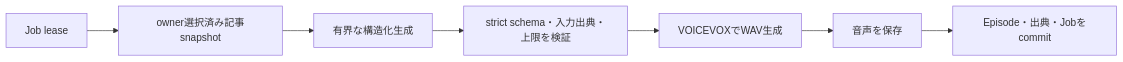
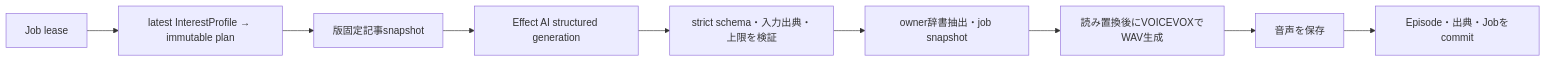
One commit to r4ai/news-podcast changed the sixth of 8 diagrams in docs/architecture.md. Above: the diagram before and after it, drawn with Mermaid. The commit also changed other lines of this file and 189 other files, not shown here.

First line of the commit message:
feat: rebuild Podcast Generation with Focus on Effect AI and AG-UI  (#22)

````diff
--- a/docs/architecture.md
+++ b/docs/architecture.md
@@ -204,9 +207,11 @@
 ```mermaid
 flowchart LR
-  Lease["Job lease"] --> Input["owner選択済み記事snapshot"]
-  Input --> Script["有界な構造化生成"]
+  Lease["Job lease"] --> Plan["latest InterestProfile → immutable plan"]
+  Plan --> Input["版固定記事snapshot"]
+  Input --> Script["Effect AI structured generation"]
   Script --> Verify["strict schema・入力出典・上限を検証"]
-  Verify --> TTS["VOICEVOXでWAV生成"]
+  Verify --> Dictionary["owner辞書抽出・job snapshot"]
+  Dictionary --> TTS["読み置換後にVOICEVOXでWAV生成"]
   TTS --> Store["音声を保存"]
   Store --> Commit["Episode・出典・Jobをcommit"]
 ```
````
